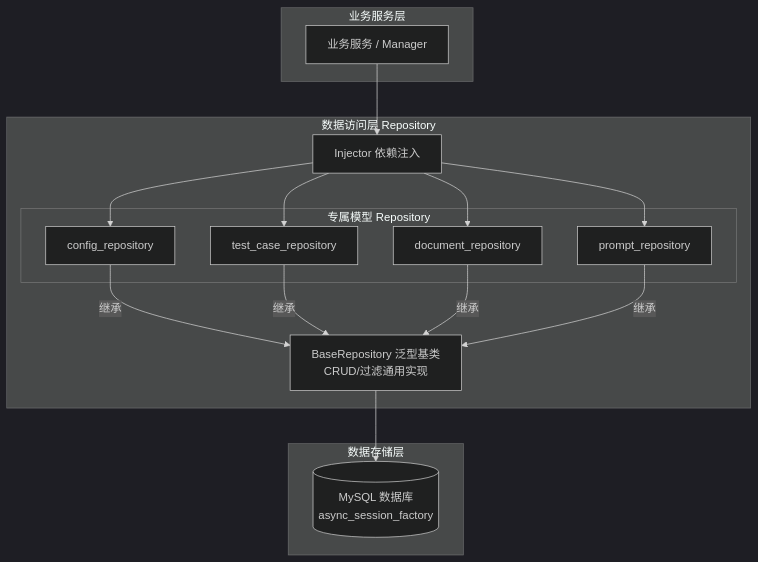
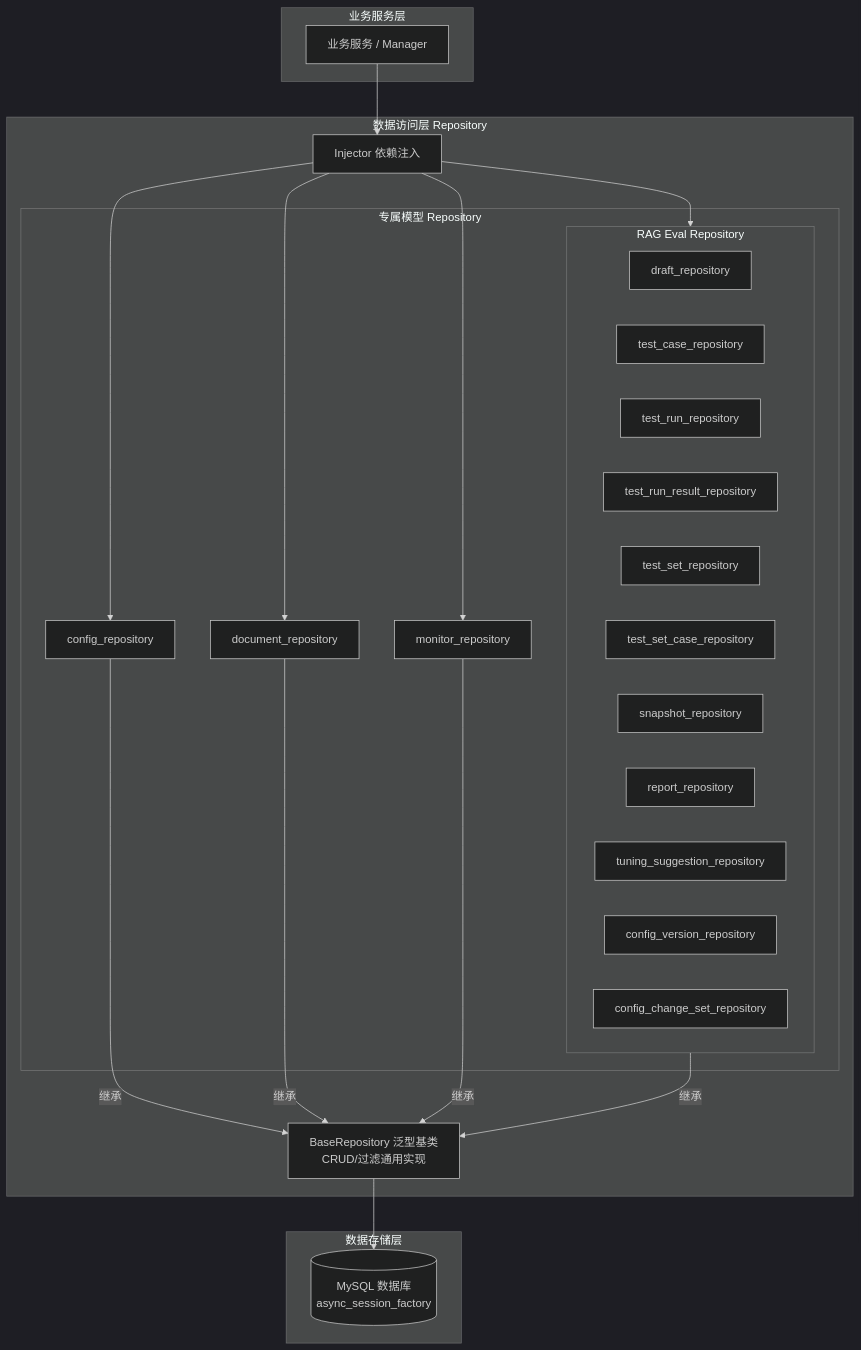
Before and after one commit to OWEN-DK/child-development-assessment-agent: the third of 5 diagrams in .ai/infrastructure.md, drawn with Mermaid (dark theme). The commit also changed other lines of this file and 37 other files, not shown here.

````diff
--- a/.ai/infrastructure.md
+++ b/.ai/infrastructure.md
@@ -198,32 +198,44 @@
 ```mermaid
 graph TB
     subgraph ServiceLayer [业务服务层]
         Service[业务服务 / Manager]
     end
     subgraph RepositoryLayer [数据访问层 Repository]
         DI[Injector 依赖注入]
         Base[BaseRepository 泛型基类<br/>CRUD/过滤通用实现]
         subgraph SpecificRepo [专属模型 Repository]
             ConfigRepo[config_repository]
-            TestRepo[test_case_repository]
             DocRepo[document_repository]
-            PromptRepo[prompt_repository]
+            MonitorRepo[monitor_repository]
+            subgraph RagEvalRepo [RAG Eval Repository]
+                DraftRepo[draft_repository]
+                CaseRepo[test_case_repository]
+                RunRepo[test_run_repository]
+                RunResultRepo[test_run_result_repository]
+                SetRepo[test_set_repository]
+                SetCaseRepo[test_set_case_repository]
+                SnapshotRepo[snapshot_repository]
+                ReportRepo[report_repository]
+                TuningRepo[tuning_suggestion_repository]
+                EvalConfigRepo[config_version_repository]
+                ChangeSetRepo[config_change_set_repository]
+            end
         end
     end
     subgraph StorageLayer [数据存储层]
         DB[(MySQL 数据库<br/>async_session_factory)]
     end
     
     Service --> DI
     DI --> ConfigRepo
-    DI --> TestRepo
     DI --> DocRepo
-    DI --> PromptRepo
+    DI --> MonitorRepo
+    DI --> RagEvalRepo
     
     ConfigRepo --继承--> Base
-    TestRepo --继承--> Base
     DocRepo --继承--> Base
-    PromptRepo --继承--> Base
+    MonitorRepo --继承--> Base
+    RagEvalRepo --继承--> Base
     
     Base --> DB
 ```
````
